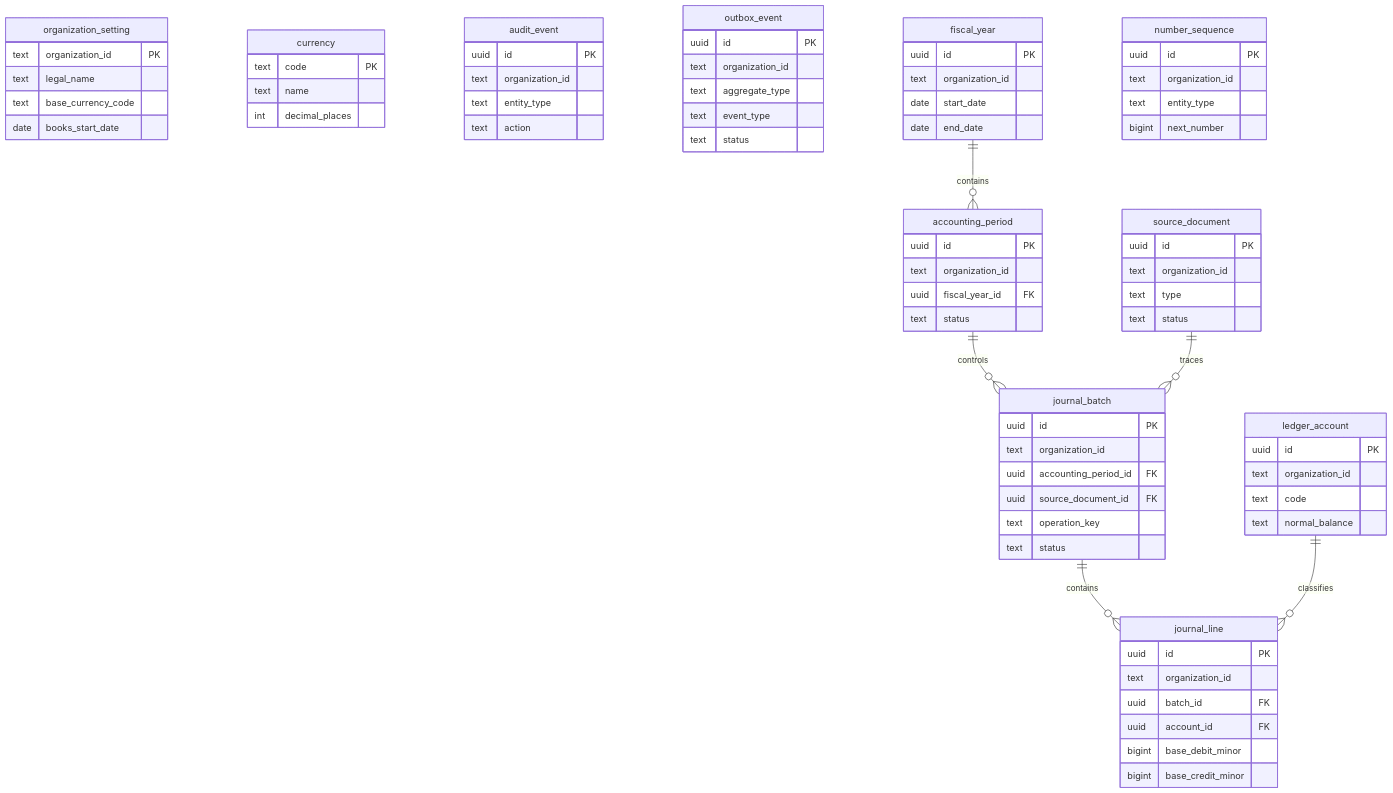
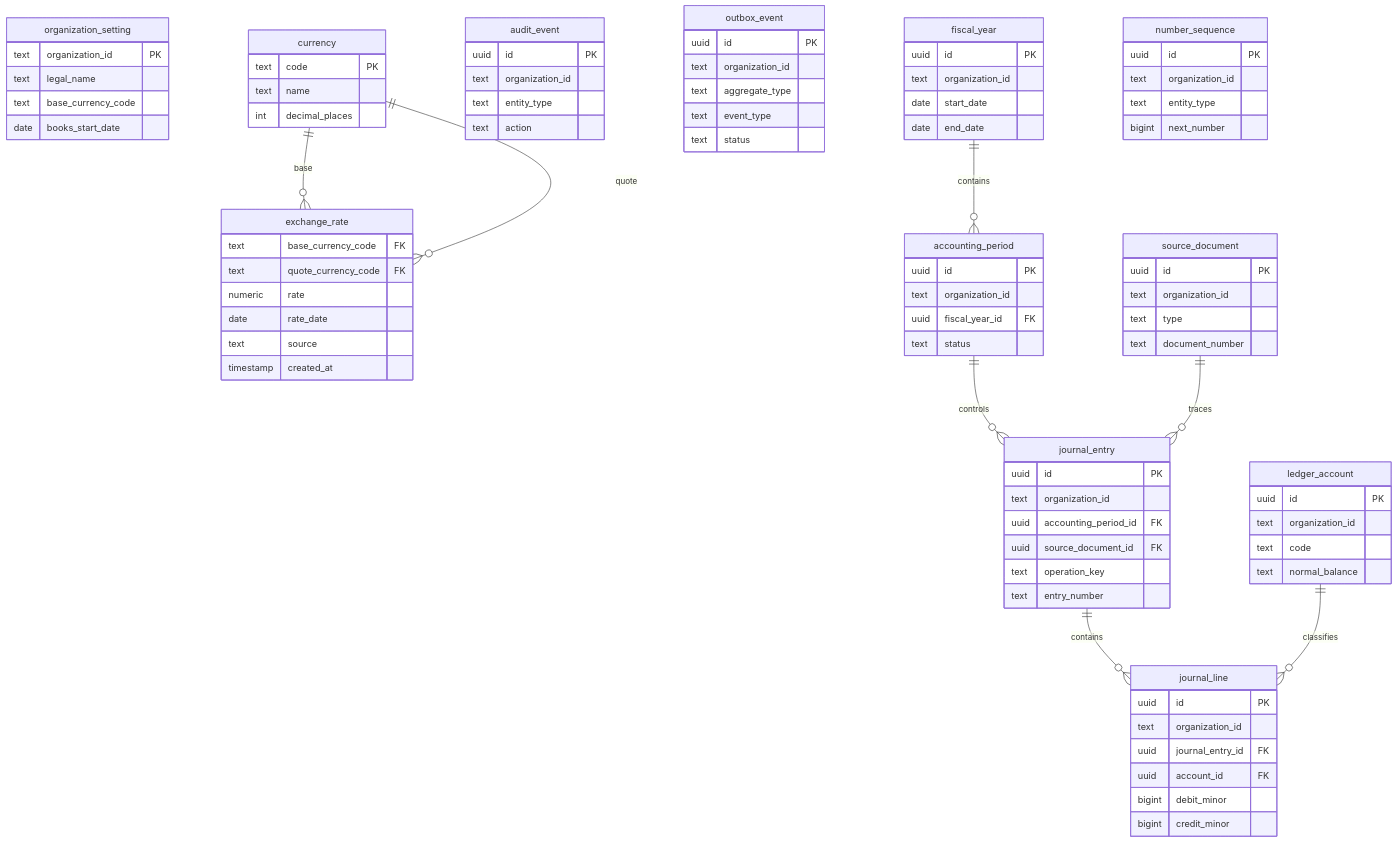
One commit to isherbuilds/edernal-books changed the first of 2 diagrams in docs/superpowers/plans/2026-06-17-accounting-foundation-schema-revision-plan.md. Above: the diagram before and after it, drawn with Mermaid. The commit also changed other lines of this file and 110 other files, not shown here.

````diff
--- a/docs/superpowers/plans/2026-06-17-accounting-foundation-schema-revision-plan.md
+++ b/docs/superpowers/plans/2026-06-17-accounting-foundation-schema-revision-plan.md
@@ -37,6 +37,14 @@
     text code PK
     text name
     int decimal_places
+  }
+  exchange_rate {
+    text base_currency_code FK
+    text quote_currency_code FK
+    numeric rate
+    date rate_date
+    text source
+    timestamp created_at
   }
   audit_event {
     uuid id PK
@@ -79,27 +87,29 @@
     uuid id PK
     text organization_id
     text type
-    text status
+    text document_number
   }
-  journal_batch {
+  journal_entry {
     uuid id PK
     text organization_id
     uuid accounting_period_id FK
     uuid source_document_id FK
     text operation_key
-    text status
+    text entry_number
   }
   journal_line {
     uuid id PK
     text organization_id
-    uuid batch_id FK
+    uuid journal_entry_id FK
     uuid account_id FK
-    bigint base_debit_minor
-    bigint base_credit_minor
+    bigint debit_minor
+    bigint credit_minor
   }
   fiscal_year ||--o{ accounting_period : contains
-  accounting_period ||--o{ journal_batch : controls
-  source_document ||--o{ journal_batch : traces
-  journal_batch ||--o{ journal_line : contains
+  accounting_period ||--o{ journal_entry : controls
+  source_document ||--o{ journal_entry : traces
+  journal_entry ||--o{ journal_line : contains
   ledger_account ||--o{ journal_line : classifies
+  currency ||--o{ exchange_rate : base
+  currency ||--o{ exchange_rate : quote
 ```
````
